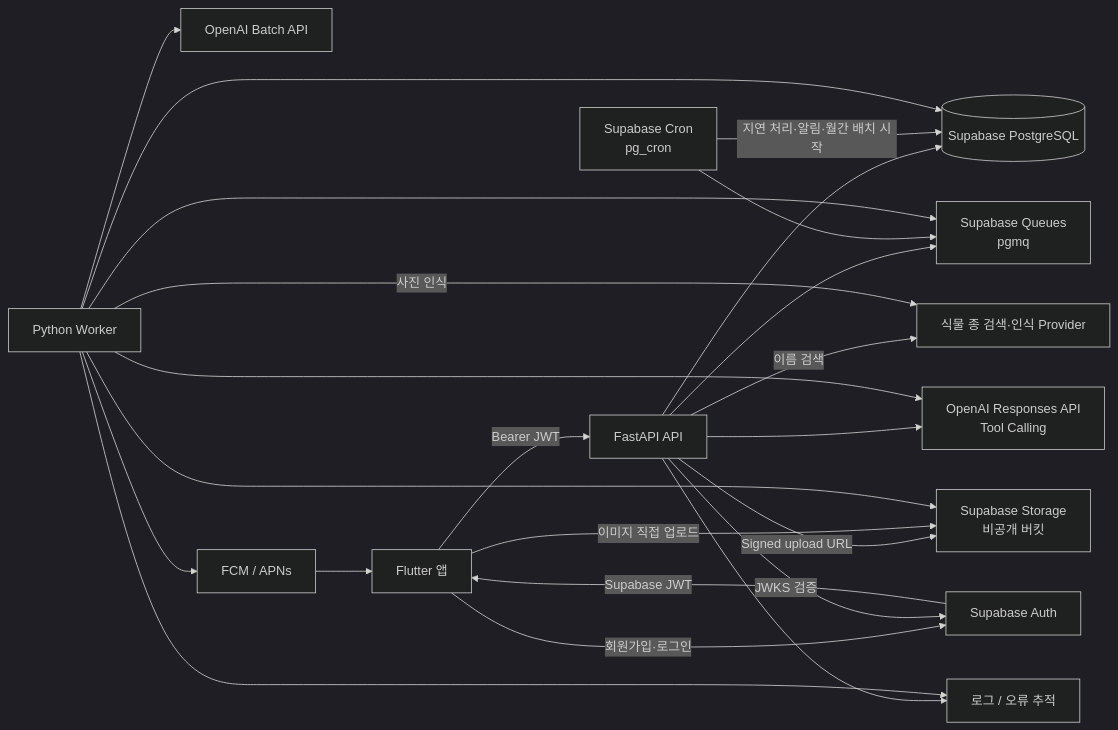
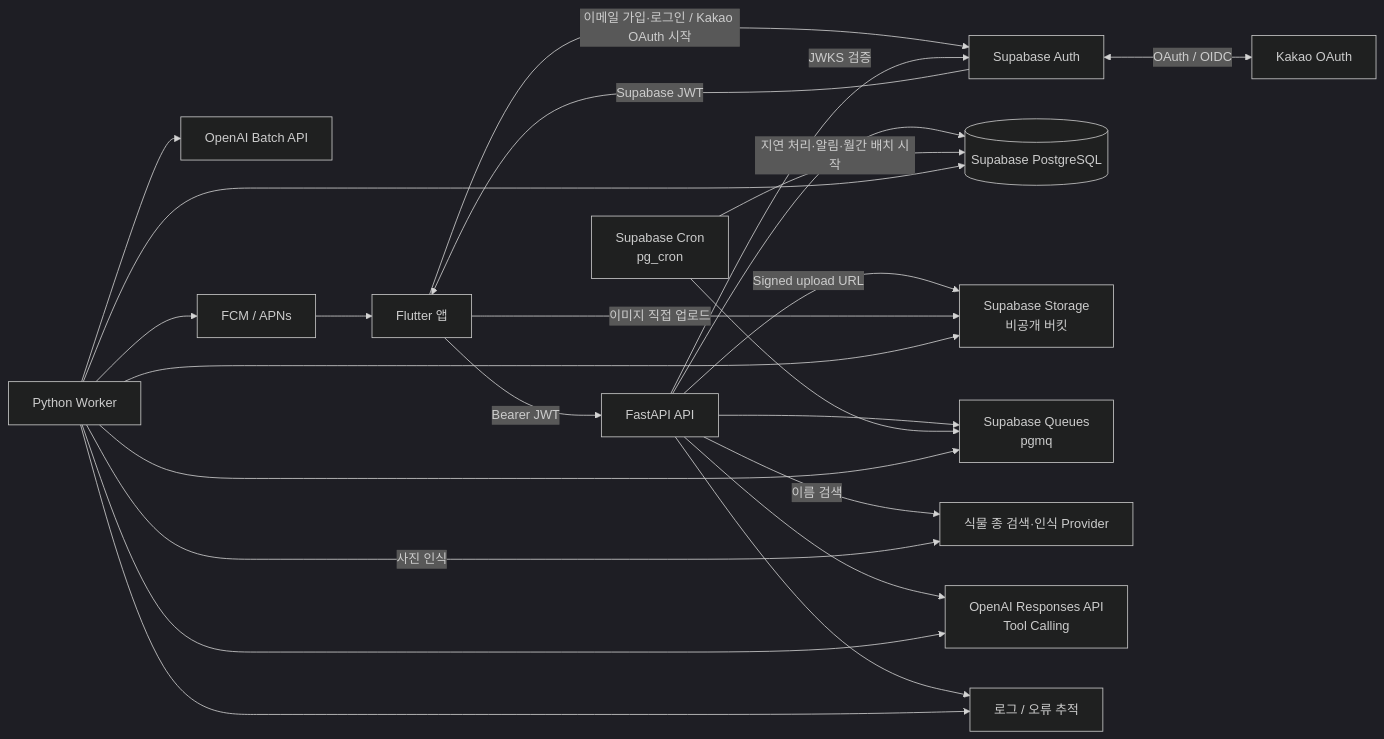
One commit to YuEngMe/Leafie changed the first of 4 diagrams in docs/architecture.md. Above: the diagram before and after it, drawn with Mermaid (dark theme). The commit also changed other lines of this file and 5 other files, not shown here.

````diff
--- a/docs/architecture.md
+++ b/docs/architecture.md
@@ -20,39 +21,41 @@
 ```mermaid
 flowchart LR
     APP["Flutter 앱"]
+    KAKAO["Kakao OAuth"]
     AUTH["Supabase Auth"]
     API["FastAPI API"]
     DB[("Supabase PostgreSQL")]
     STORAGE["Supabase Storage<br/>비공개 버킷"]
     QUEUE["Supabase Queues<br/>pgmq"]
     CRON["Supabase Cron<br/>pg_cron"]
     WORKER["Python Worker"]
     SPECIES["식물 종 검색·인식 Provider"]
     RESPONSES["OpenAI Responses API<br/>Tool Calling"]
     BATCH["OpenAI Batch API"]
     PUSH["FCM / APNs"]
     OBS["로그 / 오류 추적"]
 
-    APP -->|"회원가입·로그인"| AUTH
+    APP -->|"이메일 가입·로그인 / Kakao OAuth 시작"| AUTH
+    AUTH <-->|"OAuth / OIDC"| KAKAO
     AUTH -->|"Supabase JWT"| APP
     APP -->|"Bearer JWT"| API
     API -->|"JWKS 검증"| AUTH
     API --> DB
     API -->|"Signed upload URL"| STORAGE
     APP -->|"이미지 직접 업로드"| STORAGE
     API --> QUEUE
     CRON -->|"지연 처리·알림·월간 배치 시작"| DB
     CRON --> QUEUE
     WORKER --> QUEUE
     WORKER --> DB
     WORKER --> STORAGE
     API -->|"이름 검색"| SPECIES
     WORKER -->|"사진 인식"| SPECIES
     API --> RESPONSES
     WORKER --> RESPONSES
     WORKER --> BATCH
     WORKER --> PUSH
     API --> OBS
     WORKER --> OBS
     PUSH --> APP
 ```
````
